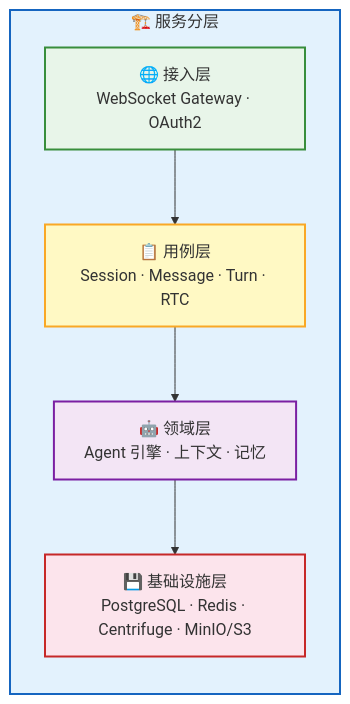
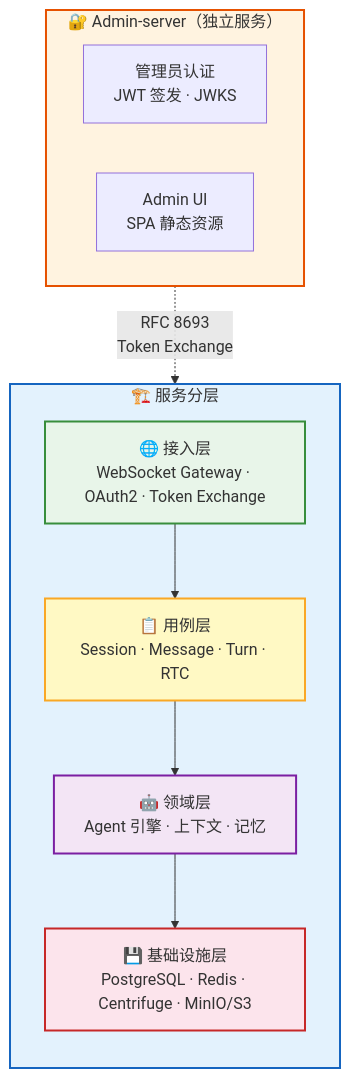
One commit to rtc-agent/docs changed the first of 14 diagrams in src/content/docs/architecture/backend.md. Above: the diagram before and after it, drawn with Mermaid. The commit also changed other lines of this file and 12 other files, not shown here.

First line of the commit message:
docs: sync documentation with recent server/web-components changes

````diff
--- a/src/content/docs/architecture/backend.md
+++ b/src/content/docs/architecture/backend.md
@@ -10,18 +10,26 @@
 ```mermaid
 flowchart TD
     subgraph LAYERS["🏗️ 服务分层"]
         direction TB
-        L1["🌐 接入层<br/>WebSocket Gateway · OAuth2"]
+        L1["🌐 接入层<br/>WebSocket Gateway · OAuth2 · Token Exchange"]
         L2["📋 用例层<br/>Session · Message · Turn · RTC"]
         L3["🤖 领域层<br/>Agent 引擎 · 上下文 · 记忆"]
         L4["💾 基础设施层<br/>PostgreSQL · Redis · Centrifuge · MinIO/S3"]
     end
 
+    subgraph ADMIN["🔐 Admin-server（独立服务）"]
+        direction LR
+        ADM_AUTH["管理员认证<br/>JWT 签发 · JWKS"]
+        ADM_UI["Admin UI<br/>SPA 静态资源"]
+    end
+
     L1 --> L2 --> L3 --> L4
+    ADM_AUTH -.->|"RFC 8693<br/>Token Exchange"| L1
 
     style LAYERS fill:#e3f2fd,stroke:#1565c0,stroke-width:2px
     style L1 fill:#e8f5e9,stroke:#388e3c,stroke-width:2px
     style L2 fill:#fff9c4,stroke:#f9a825,stroke-width:2px
     style L3 fill:#f3e5f5,stroke:#7b1fa2,stroke-width:2px
     style L4 fill:#fce4ec,stroke:#c62828,stroke-width:2px
+    style ADMIN fill:#fff3e0,stroke:#e65100,stroke-width:2px
 ```
````
